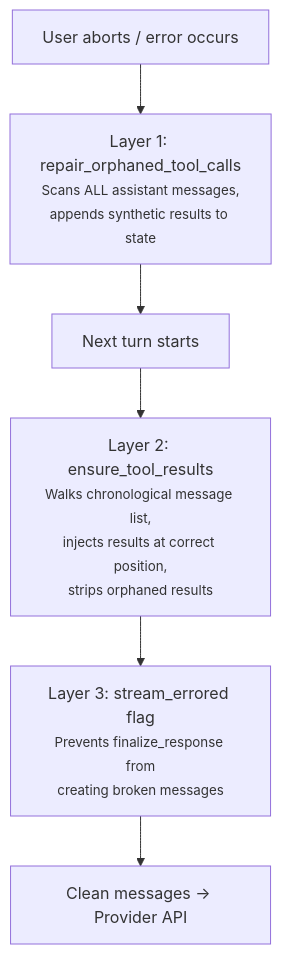
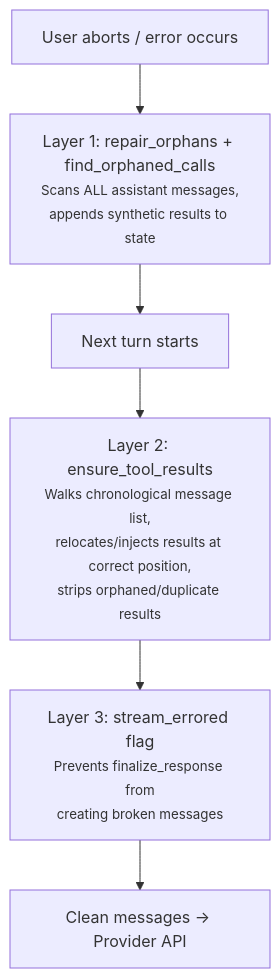
Before and after one commit to matteing/opal: the first of 2 diagrams in docs/conversation-integrity.md, drawn with Mermaid. The commit also changed other lines of this file and 37 other files, not shown here.

````diff
--- a/docs/conversation-integrity.md
+++ b/docs/conversation-integrity.md
@@ -23,9 +23,9 @@
 ```mermaid
 flowchart TD
     Abort["User aborts / error occurs"] --> Layer1
-    Layer1["Layer 1: repair_orphaned_tool_calls<br/><small>Scans ALL assistant messages,<br/>appends synthetic results to state</small>"]
+    Layer1["Layer 1: repair_orphans + find_orphaned_calls<br/><small>Scans ALL assistant messages,<br/>appends synthetic results to state</small>"]
     Layer1 --> NextTurn["Next turn starts"]
-    NextTurn --> Layer2["Layer 2: ensure_tool_results<br/><small>Walks chronological message list,<br/>injects results at correct position,<br/>strips orphaned results</small>"]
+    NextTurn --> Layer2["Layer 2: ensure_tool_results<br/><small>Walks chronological message list,<br/>relocates/injects results at correct position,<br/>strips orphaned/duplicate results</small>"]
     Layer2 --> Layer3["Layer 3: stream_errored flag<br/><small>Prevents finalize_response from<br/>creating broken messages</small>"]
     Layer3 --> Provider["Clean messages → Provider API"]
 ```
````
